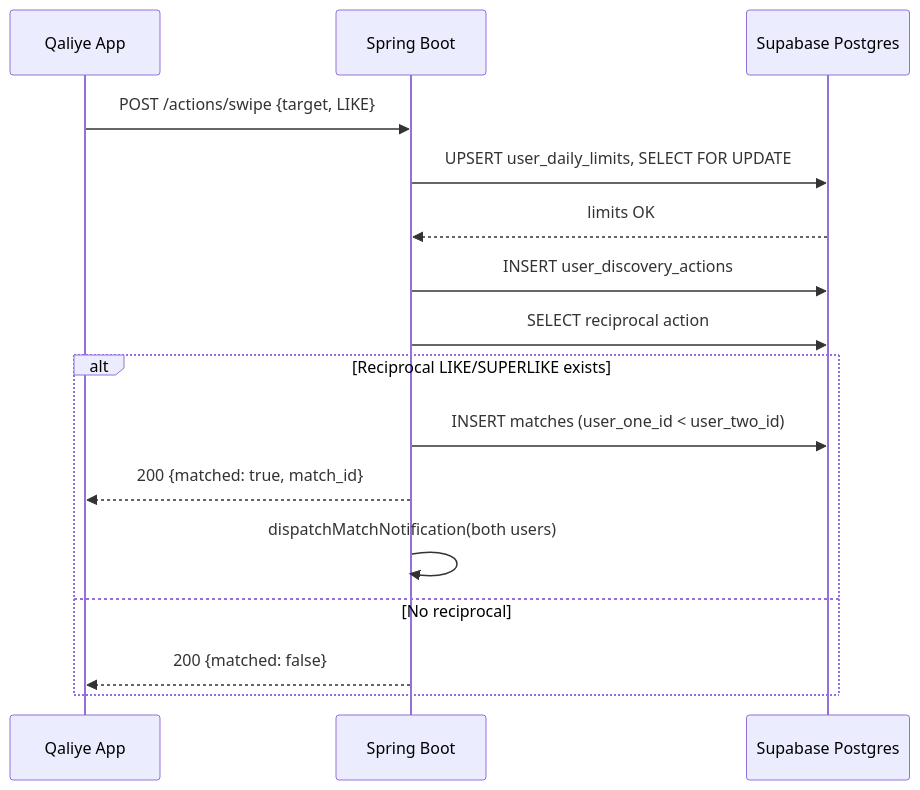
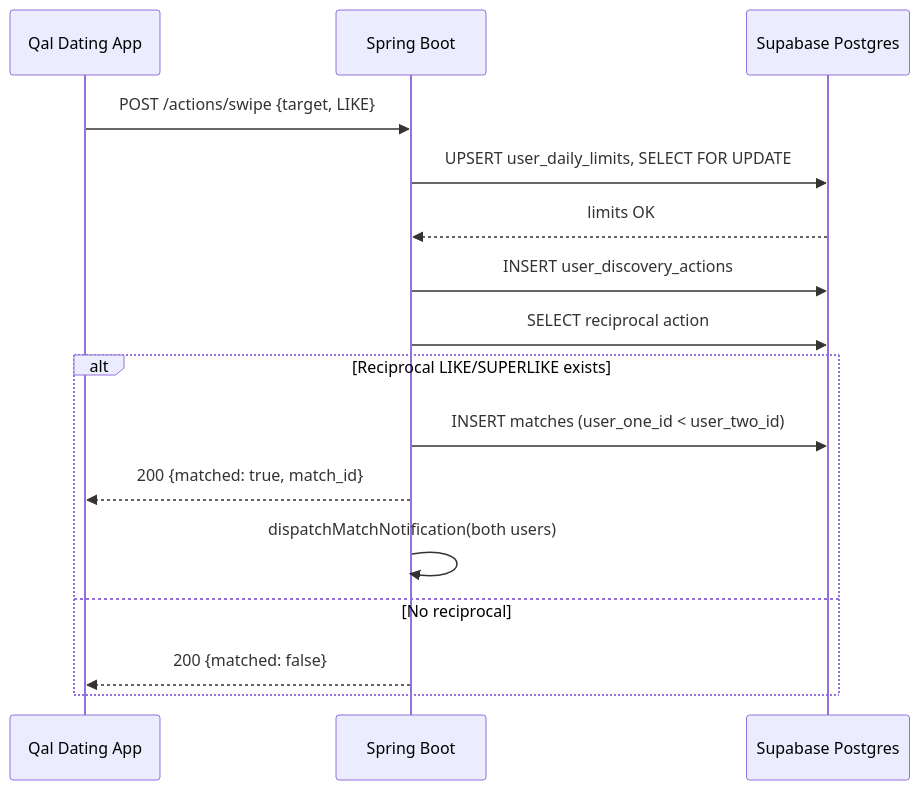
The second of 2 diagrams in docs/implementation_guide.md (zekariass/qaliye-dating-mobile), drawn with Mermaid before and after one commit. The commit also changed other lines of this file and 56 other files, not shown here.

````diff
--- a/docs/implementation_guide.md
+++ b/docs/implementation_guide.md
@@ -1384,19 +1384,19 @@
 ```mermaid
 sequenceDiagram
-    participant App as Qaliye App
+    participant App as Qal Dating App
     participant API as Spring Boot
     participant DB as Supabase Postgres
 
     App->>API: POST /actions/swipe {target, LIKE}
     API->>DB: UPSERT user_daily_limits, SELECT FOR UPDATE
     DB-->>API: limits OK
     API->>DB: INSERT user_discovery_actions
     API->>DB: SELECT reciprocal action
     alt Reciprocal LIKE/SUPERLIKE exists
         API->>DB: INSERT matches (user_one_id < user_two_id)
         API-->>App: 200 {matched: true, match_id}
         API->>API: dispatchMatchNotification(both users)
     else No reciprocal
         API-->>App: 200 {matched: false}
     end
 ```
````
